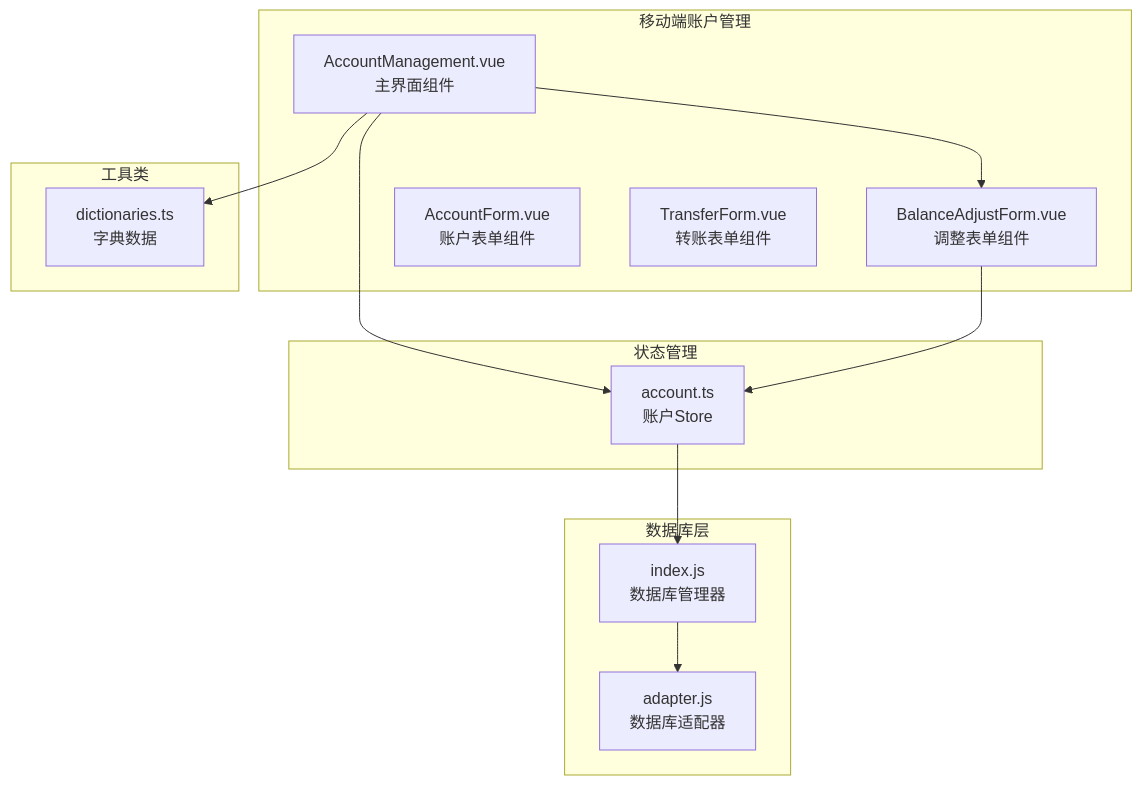
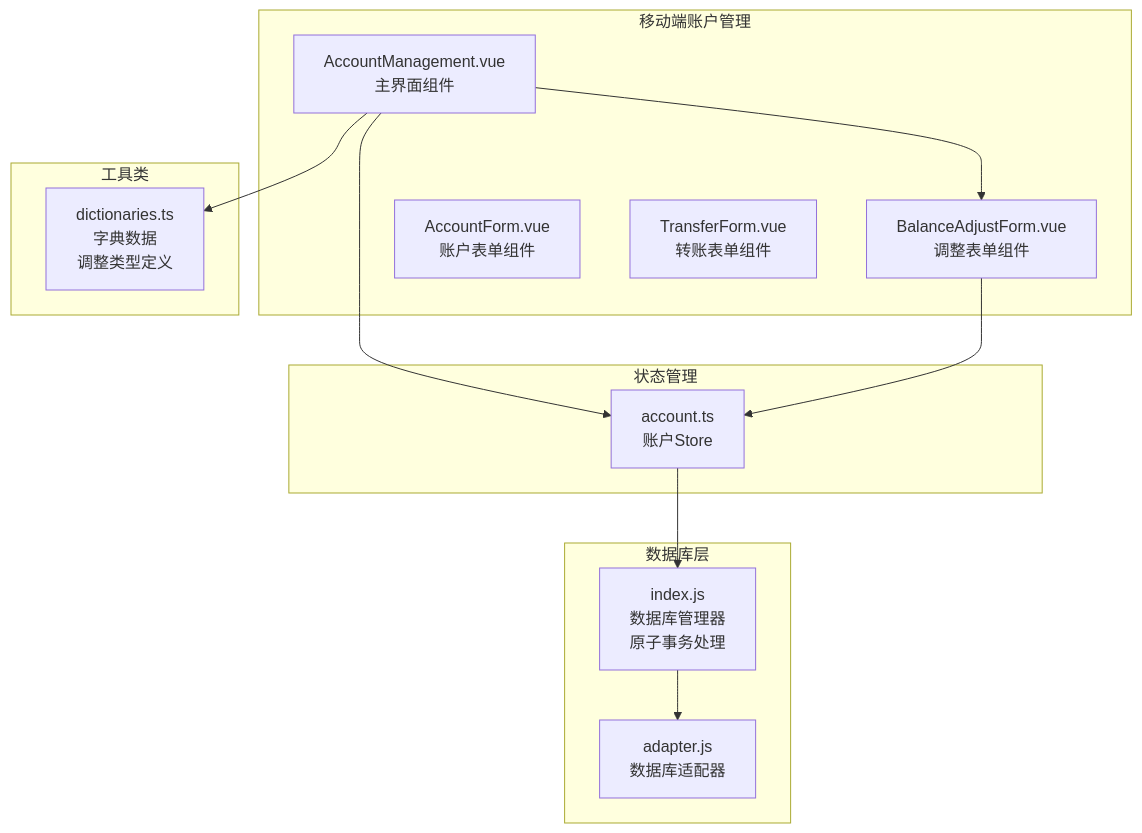
One commit to xiao-lin-unit/yuan changed the first of 8 diagrams in .qoder/repowiki/zh/content/账户管理/余额调整功能.md. Above: the diagram before and after it, drawn with Mermaid. The commit also changed other lines of this file and 10 other files, not shown here.

````diff
--- a/.qoder/repowiki/zh/content/账户管理/余额调整功能.md
+++ b/.qoder/repowiki/zh/content/账户管理/余额调整功能.md
@@ -40,25 +50,25 @@
 ```mermaid
 graph TB
 subgraph "移动端账户管理"
 AM[AccountManagement.vue<br/>主界面组件]
 BAF[BalanceAdjustForm.vue<br/>调整表单组件]
 AF[AccountForm.vue<br/>账户表单组件]
 TF[TransferForm.vue<br/>转账表单组件]
 end
 subgraph "状态管理"
 AS[account.ts<br/>账户Store]
 end
 subgraph "数据库层"
-DB[index.js<br/>数据库管理器]
+DB[index.js<br/>数据库管理器<br/>原子事务处理]
 AD[adapter.js<br/>数据库适配器]
 end
 subgraph "工具类"
-DICT[dictionaries.ts<br/>字典数据]
+DICT[dictionaries.ts<br/>字典数据<br/>调整类型定义]
 end
 AM --> BAF
 AM --> AS
 BAF --> AS
 AS --> DB
 DB --> AD
 AM --> DICT
 ```
````
